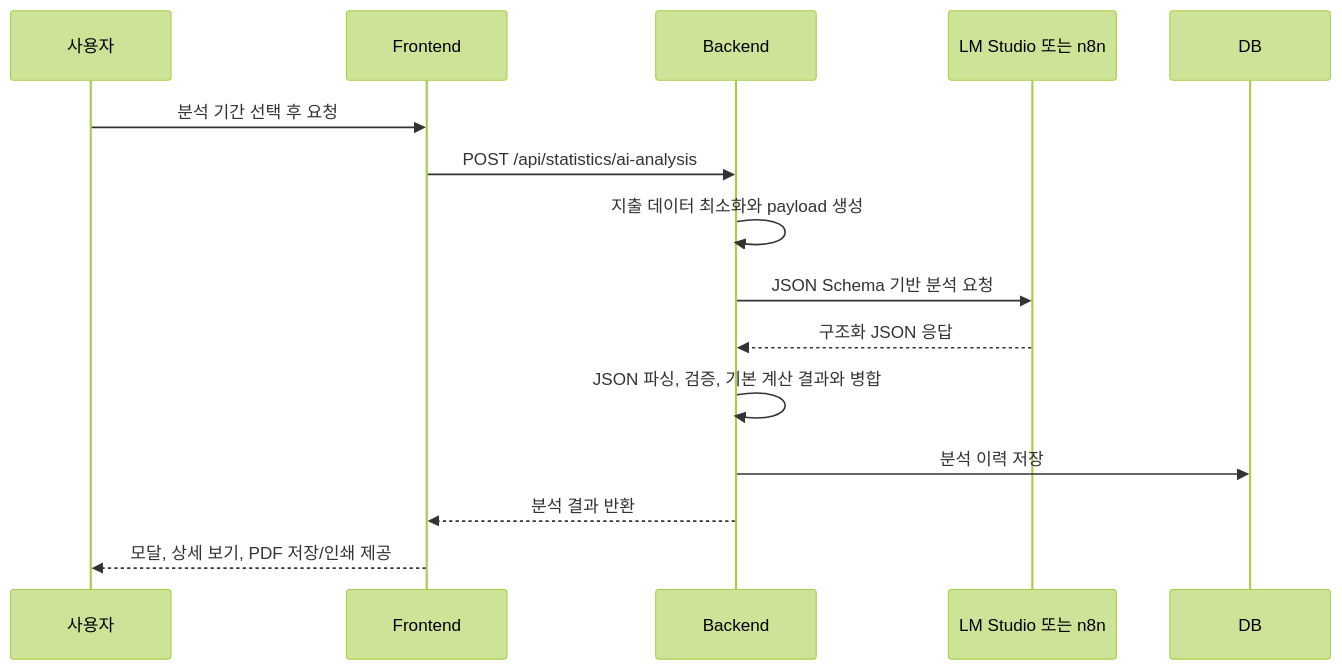
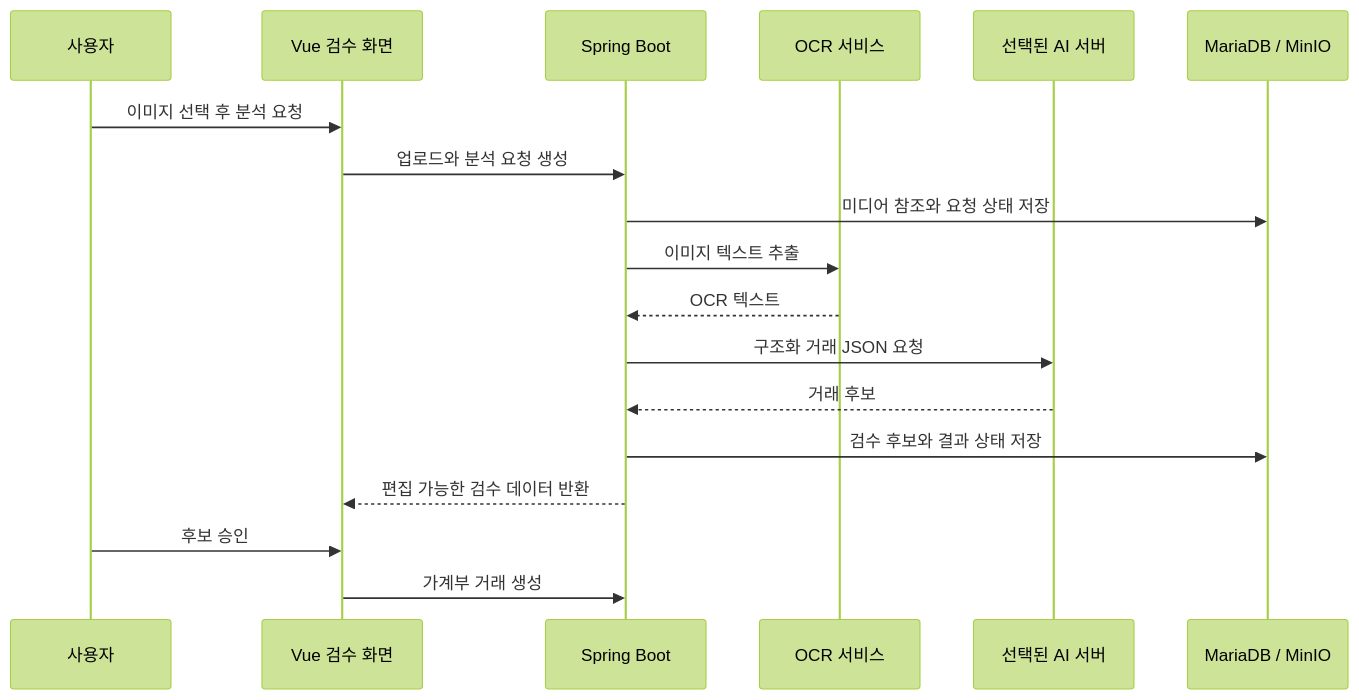
Before and after one commit to chefbeom/TravelLedger: the second of 2 diagrams in README.md, drawn with Mermaid (forest theme). The commit also changed other lines of this file and 3 other files, not shown here.

````diff
--- a/README.md
+++ b/README.md
@@ -99,18 +90,21 @@
 ```mermaid
 sequenceDiagram
-  participant U as 사용자
-  participant F as Frontend
-  participant B as Backend
-  participant A as LM Studio 또는 n8n
-  participant D as DB
+    participant U as 사용자
+    participant UI as Vue 검수 화면
+    participant API as Spring Boot
+    participant OCR as OCR 서비스
+    participant LLM as 선택된 AI 서버
+    participant DB as MariaDB / MinIO
 
-  U->>F: 분석 기간 선택 후 요청
-  F->>B: POST /api/statistics/ai-analysis
-  B->>B: 지출 데이터 최소화와 payload 생성
-  B->>A: JSON Schema 기반 분석 요청
-  A-->>B: 구조화 JSON 응답
-  B->>B: JSON 파싱, 검증, 기본 계산 결과와 병합
-  B->>D: 분석 이력 저장
-  B-->>F: 분석 결과 반환
-  F-->>U: 모달, 상세 보기, PDF 저장/인쇄 제공
+    U->>UI: 이미지 선택 후 분석 요청
+    UI->>API: 업로드와 분석 요청 생성
+    API->>DB: 미디어 참조와 요청 상태 저장
+    API->>OCR: 이미지 텍스트 추출
+    OCR-->>API: OCR 텍스트
+    API->>LLM: 구조화 거래 JSON 요청
+    LLM-->>API: 거래 후보
+    API->>DB: 검수 후보와 결과 상태 저장
+    API-->>UI: 편집 가능한 검수 데이터 반환
+    U->>UI: 후보 승인
+    UI->>API: 가계부 거래 생성
 ```
````
